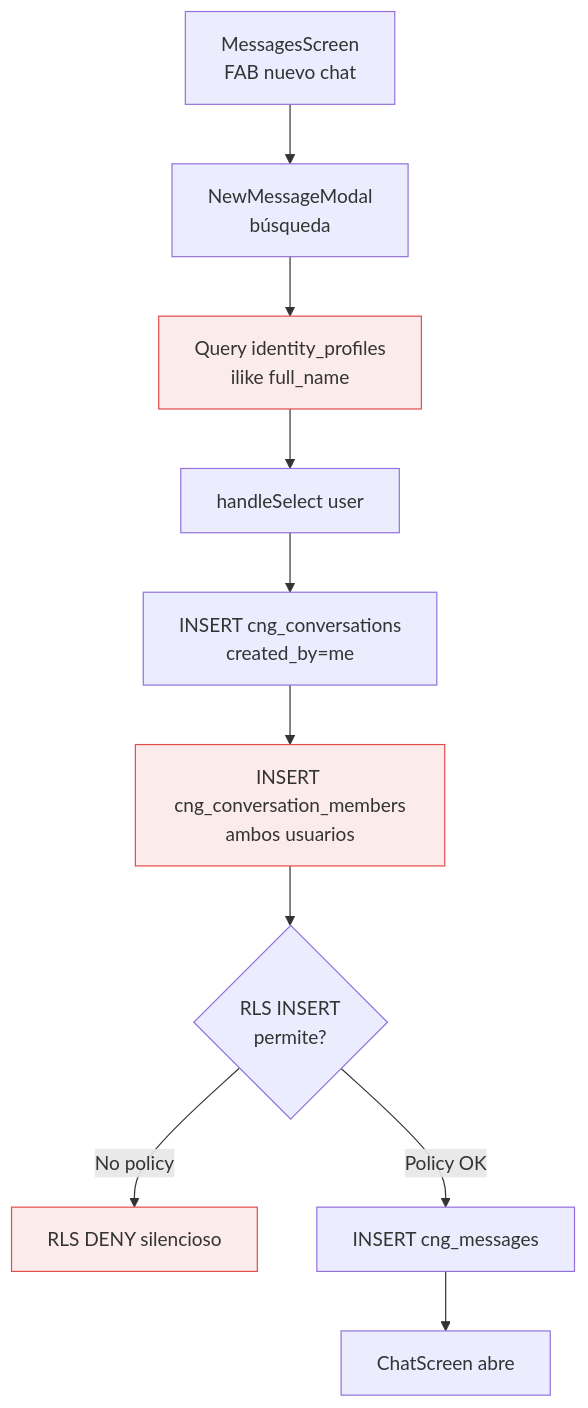
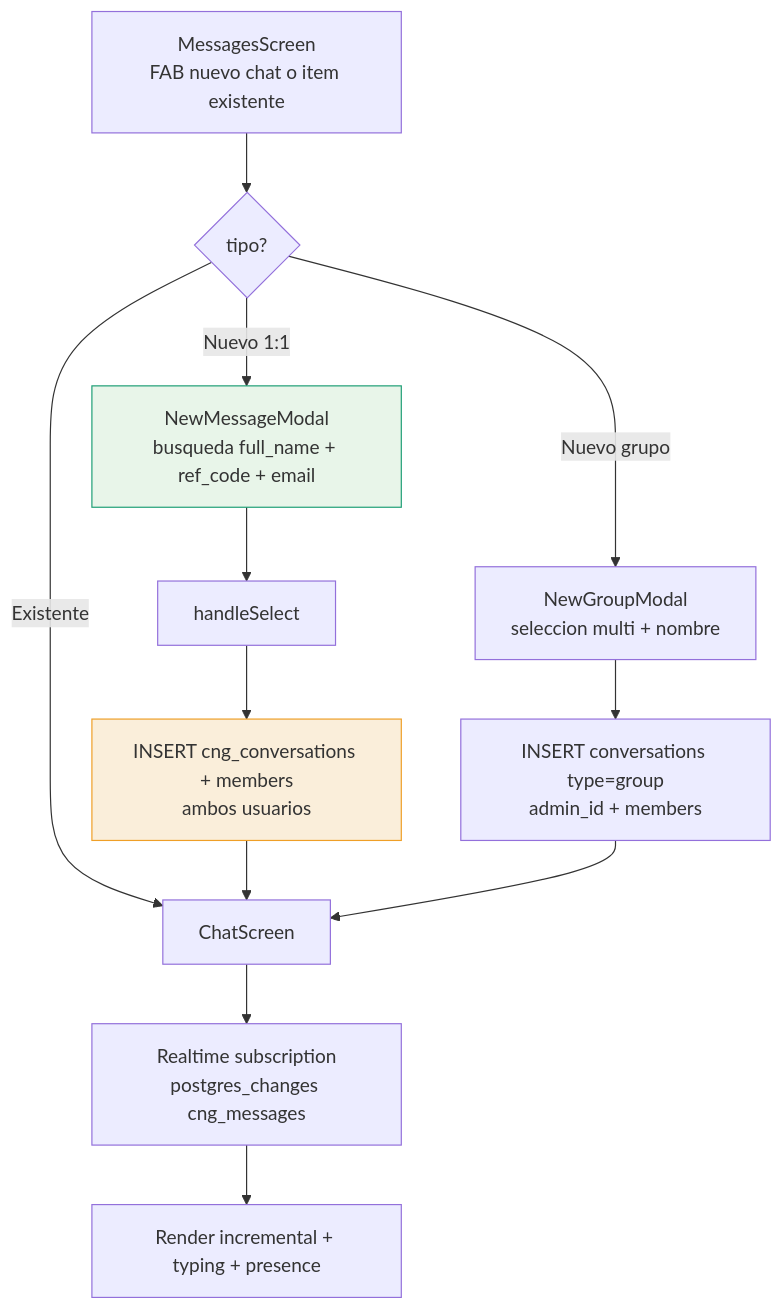
Before and after one commit to chillngointernational/chill-n-go-international: the eighth of 10 diagrams in CNG_PLUS_ARCHITECTURE.md, drawn with Mermaid. The commit also changed other lines of this file, not shown here.

First line of the commit message:
docs(architecture): reflect banking-grade Chilliums + messaging features

````diff
--- a/CNG_PLUS_ARCHITECTURE.md
+++ b/CNG_PLUS_ARCHITECTURE.md
@@ -390,16 +410,17 @@
 ```mermaid
 flowchart TD
-    A[MessagesScreen<br/>FAB nuevo chat] --> B[NewMessageModal<br/>búsqueda]
-    B --> C[Query identity_profiles<br/>ilike full_name]
-    C --> D[handleSelect user]
-    D --> E[INSERT cng_conversations<br/>created_by=me]
-    E --> F[INSERT cng_conversation_members<br/>ambos usuarios]
-    F --> G{RLS INSERT<br/>permite?}
-    G -->|No policy| H[RLS DENY silencioso]
-    G -->|Policy OK| I[INSERT cng_messages]
-    I --> J[ChatScreen abre]
+    A[MessagesScreen<br/>FAB nuevo chat o item existente] --> B{tipo?}
+    B -->|Nuevo 1:1| C[NewMessageModal<br/>busqueda full_name + ref_code + email]
+    B -->|Nuevo grupo| D[NewGroupModal<br/>seleccion multi + nombre]
+    B -->|Existente| E[ChatScreen]
+    C --> F[handleSelect]
+    F --> G[INSERT cng_conversations + members<br/>ambos usuarios]
+    D --> H[INSERT conversations type=group<br/>admin_id + members]
+    G --> E
+    H --> E
+    E --> I[Realtime subscription<br/>postgres_changes cng_messages]
+    I --> J[Render incremental + typing + presence]
 
-    style C fill:#FCEBEB,stroke:#E24B4A
-    style F fill:#FCEBEB,stroke:#E24B4A
-    style H fill:#FCEBEB,stroke:#E24B4A
+    style C fill:#E8F5E9,stroke:#1D9E75
+    style G fill:#FAEEDA,stroke:#EF9F27
 ```
````
